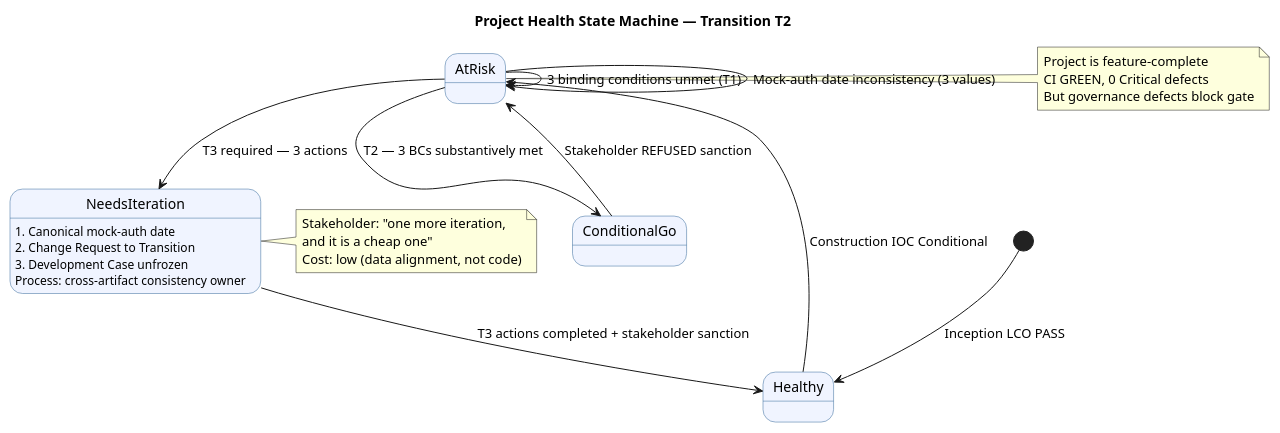
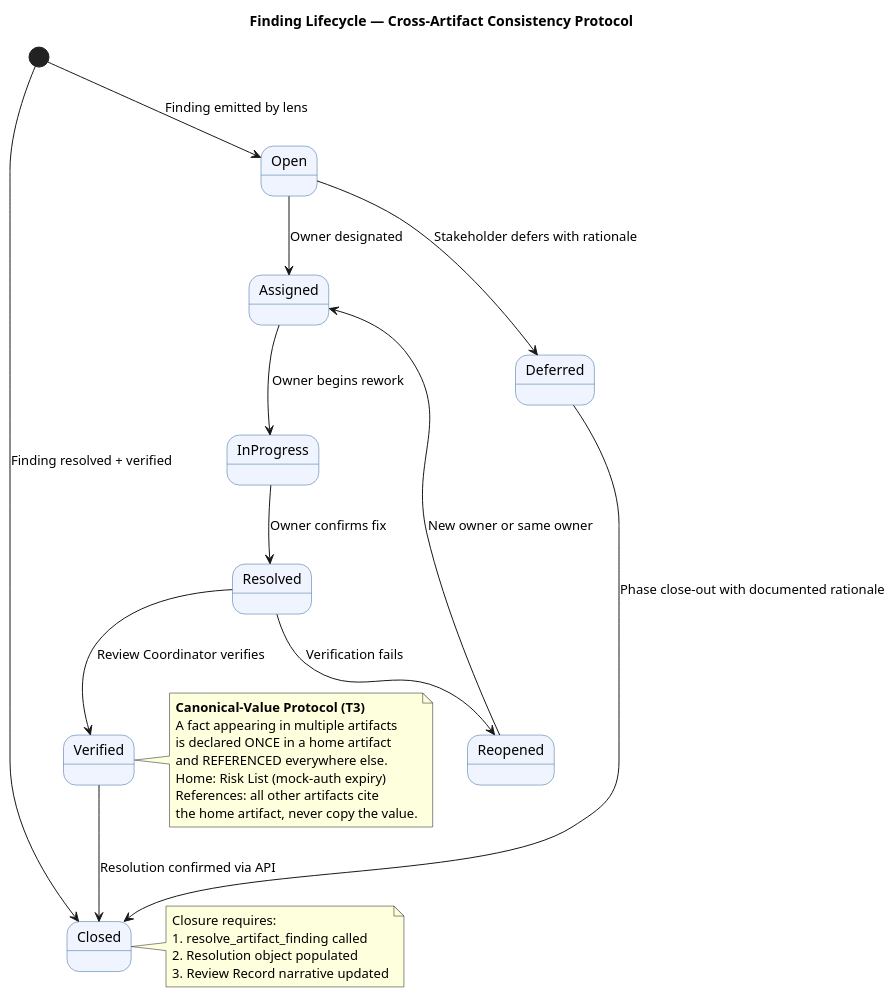
The sixth of 6 diagrams in docs/artifacts/project-management/review-record.md (banense-test/portal-cuba-corp), drawn with PlantUML before and after one commit. The commit also changed other lines of this file, not shown here.

First line of the commit message:
Review Coordinator [T2]: upsert Review Record

````diff
--- a/docs/artifacts/project-management/review-record.md
+++ b/docs/artifacts/project-management/review-record.md
@@ -575,40 +646,44 @@
 ```plantuml
 @startuml
-title Project Health State Machine — Transition T2
+title Finding Lifecycle — Cross-Artifact Consistency Protocol
 
-skinparam state {
-  BackgroundColor #F0F4FF
-  BorderColor #336699
-}
+skinparam stateBackgroundColor #F0F4FF
+skinparam stateBorderColor #336699
+skinparam shadowing false
 
-[*] --> Healthy : Inception LCO PASS
+[*] --> Open : Finding emitted by lens
 
-Healthy --> AtRisk : Construction IOC Conditional
-AtRisk --> AtRisk : 3 binding conditions unmet (T1)
+Open --> Assigned : Owner designated
+Assigned --> InProgress : Owner begins rework
 
-AtRisk --> ConditionalGo : T2 — 3 BCs substantively met
-ConditionalGo --> AtRisk : Stakeholder REFUSED sanction
-AtRisk --> AtRisk : Mock-auth date inconsistency (3 values)
+InProgress --> Resolved : Owner confirms fix
+Resolved --> Verified : Review Coordinator verifies
+Verified --> Closed : Resolution confirmed via API
 
-AtRisk --> NeedsIteration : T3 required — 3 actions
-NeedsIteration : 1. Canonical mock-auth date
-NeedsIteration : 2. Change Request to Transition
-NeedsIteration : 3. Development Case unfrozen
-NeedsIteration : Process: cross-artifact consistency owner
+Resolved --> Reopened : Verification fails
+Reopened --> Assigned : New owner or same owner
 
-NeedsIteration --> Healthy : T3 actions completed + stakeholder sanction
+Open --> Deferred : Stakeholder defers with rationale
+Deferred --> Closed : Phase close-out with documented rationale
 
-note right of AtRisk
-  Project is feature-complete
-  CI GREEN, 0 Critical defects
-  But governance defects block gate
+note right of Verified
+  **Canonical-Value Protocol (T3)**
+  A fact appearing in multiple artifacts
+  is declared ONCE in a home artifact
+  and REFERENCED everywhere else.
+  Home: Risk List (mock-auth expiry)
+  References: all other artifacts cite
+  the home artifact, never copy the value.
 end note
 
-note right of NeedsIteration
-  Stakeholder: "one more iteration,
-  and it is a cheap one"
-  Cost: low (data alignment, not code)
+note right of Closed
+  Closure requires:
+  1. resolve_artifact_finding called
+  2. Resolution object populated
+  3. Review Record narrative updated
 end note
+
+[*] --> Closed : Finding resolved + verified
 
 @enduml
 ```
````
